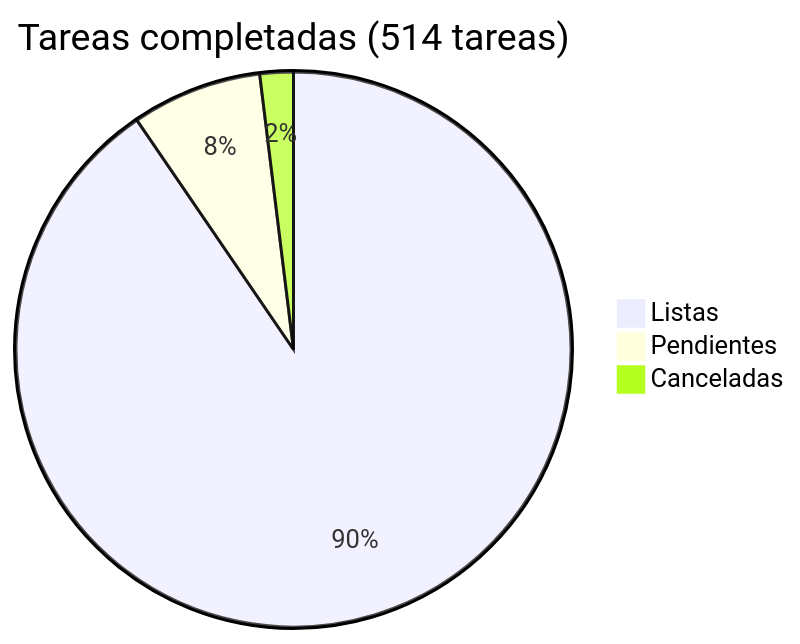
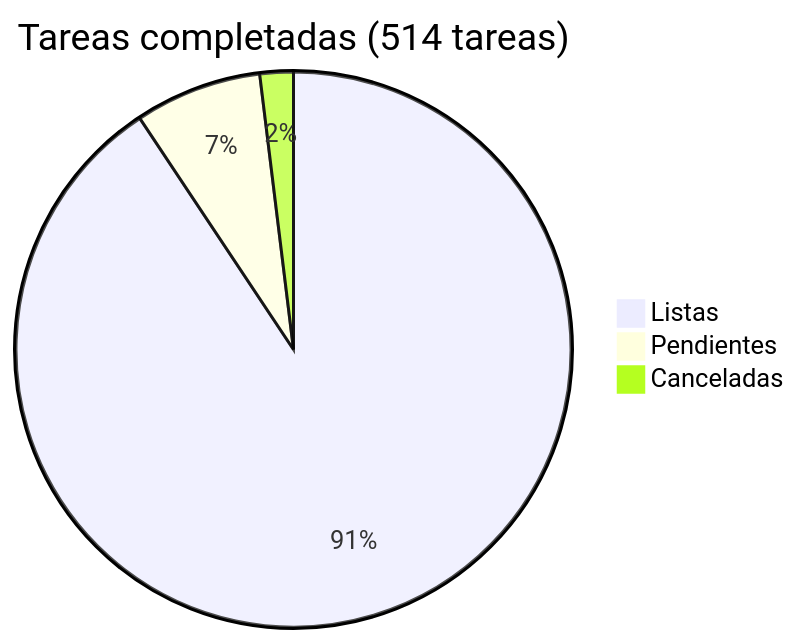
One commit to araguaney-lat/araguaney changed the diagram in docs/roadmap/README.md. Above: the diagram before and after it, drawn with Mermaid. The commit also changed other lines of this file and 1 other file, not shown here.

Commit message:
docs: close phase 29 task 5, sending domain verified in Resend

````diff
--- a/docs/roadmap/README.md
+++ b/docs/roadmap/README.md
@@ -5,6 +5,6 @@
 ```mermaid
 pie title Tareas completadas (514 tareas)
-    "Listas" : 465
-    "Pendientes" : 39
+    "Listas" : 466
+    "Pendientes" : 38
     "Canceladas" : 10
 ```
````
